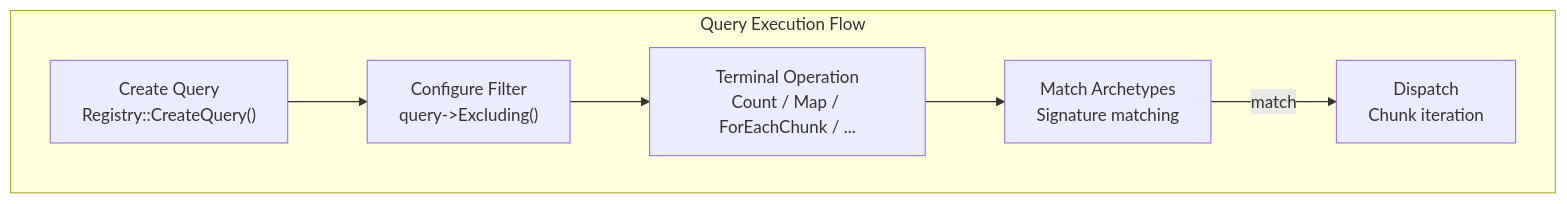
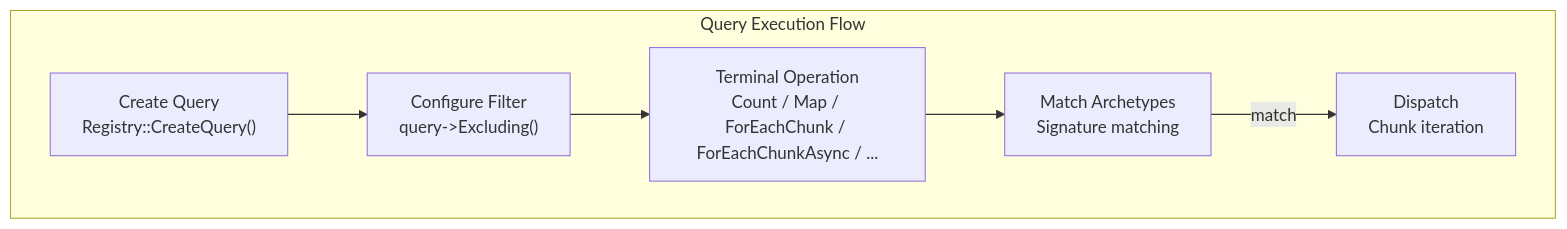
One commit to gilmar-sales/Freyr changed the diagram in docs/api/query.md. Above: the diagram before and after it, drawn with Mermaid. The commit also changed other lines of this file and 3 other files, not shown here.

First line of the commit message:
feat(query): add ForEachChunkAsync parallel chunk terminal

````diff
--- a/docs/api/query.md
+++ b/docs/api/query.md
@@ -16,15 +16,15 @@
 ```mermaid
 graph TB
     subgraph QueryFlow["Query Execution Flow"]
         Q["Create Query<br/>Registry::CreateQuery()"]
         F["Configure Filter<br/>query->Excluding<Ts...>()"]
-        T["Terminal Operation<br/>Count / Map / ForEachChunk / ..."]
+        T["Terminal Operation<br/>Count / Map / ForEachChunk / ForEachChunkAsync / ..."]
         M["Match Archetypes<br/>Signature matching"]
         D["Dispatch<br/>Chunk iteration"]
     end
 
     Q --> F --> T
     T --> M
     M -->|match| D
 
 ```
````
